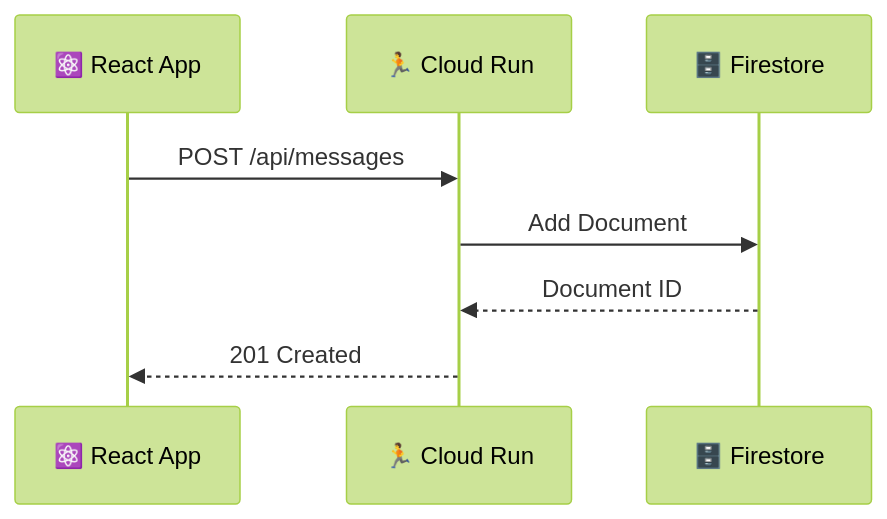
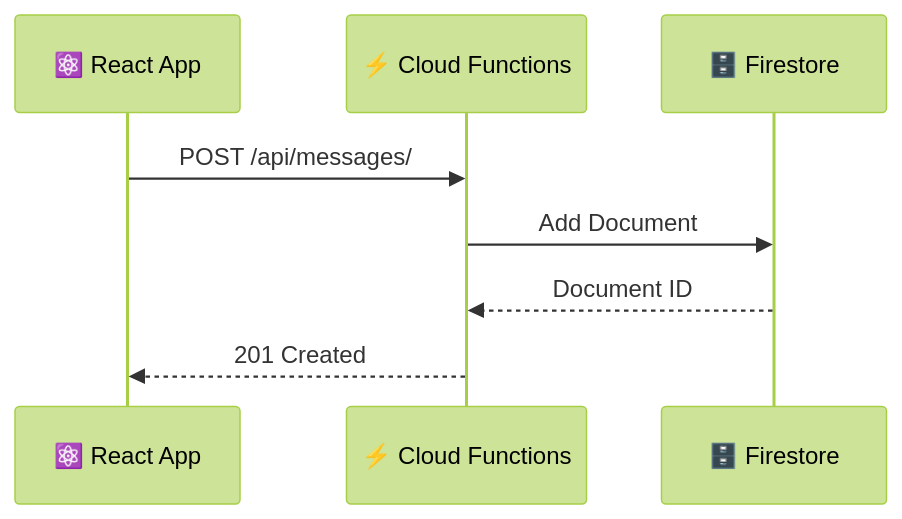
The tenth of 10 diagrams in docs/ARCHITECTURE.md (PLAYER1-r7/multicloud-auto-deploy), drawn with Mermaid (forest theme) before and after one commit. The commit also changed other lines of this file and 3 other files, not shown here.

````diff
--- a/docs/ARCHITECTURE.md
+++ b/docs/ARCHITECTURE.md
@@ -254,11 +254,11 @@
 ```mermaid
 sequenceDiagram
     participant React as ⚛️ React App
-    participant CR as 🏃 Cloud Run
+    participant CF as ⚡ Cloud Functions
     participant FS as 🗄️ Firestore
     
-    React->>CR: POST /api/messages
-    CR->>FS: Add Document
-    FS-->>CR: Document ID
-    CR-->>React: 201 Created
+    React->>CF: POST /api/messages/
+    CF->>FS: Add Document
+    FS-->>CF: Document ID
+    CF-->>React: 201 Created
 ```
````
